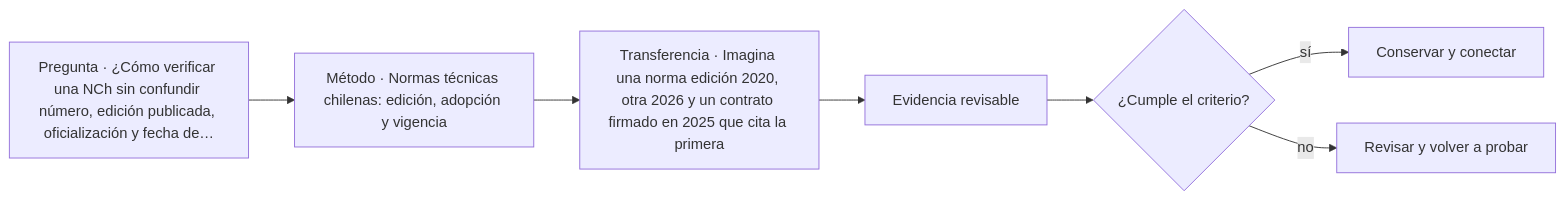
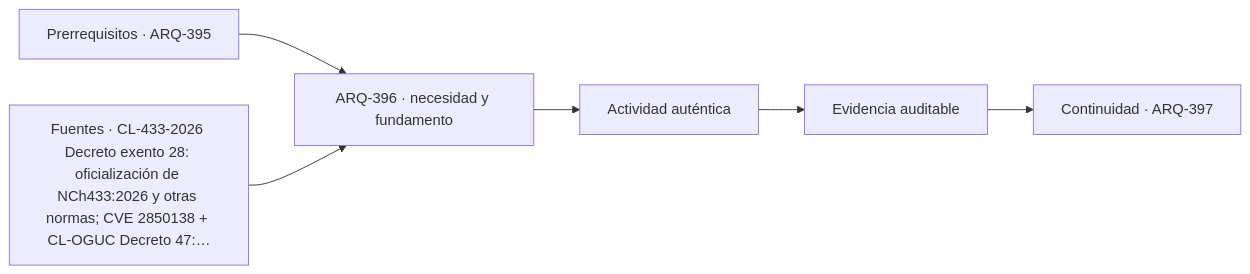
One commit to vladimiracunadev-create/architecture-built-environment-learning-program changed the diagram in classes/parte-40/ARQ-396.md. Above: the diagram before and after it, drawn with Mermaid. The commit also changed other lines of this file and 761 other files, not shown here.

````diff
--- a/classes/parte-40/ARQ-396.md
+++ b/classes/parte-40/ARQ-396.md
@@ -91,9 +103,8 @@
 ```mermaid
 flowchart LR
-    Q["Pregunta · ¿Cómo verificar una NCh sin confundir número, edición publicada, oficialización y fecha de…"] --> M["Método · Normas técnicas chilenas: edición, adopción y vigencia"]
-    M --> P["Transferencia · Imagina una norma edición 2020, otra 2026 y un contrato firmado en 2025 que cita la primera"]
-    P --> E["Evidencia revisable"]
-    E --> C{"¿Cumple el criterio?"}
-    C -->|sí| T["Conservar y conectar"]
-    C -->|no| R["Revisar y volver a probar"]
+    A["Prerrequisitos · ARQ-395"] --> B["ARQ-396 · necesidad y fundamento"]
+    S["Fuentes · CL-433-2026 Decreto exento 28: oficialización de NCh433:2026 y otras normas; CVE 2850138 + CL-OGUC Decreto 47:…"] --> B
+    B --> C["Actividad auténtica"]
+    C --> D["Evidencia auditable"]
+    D --> E["Continuidad · ARQ-397"]
 ```
````
